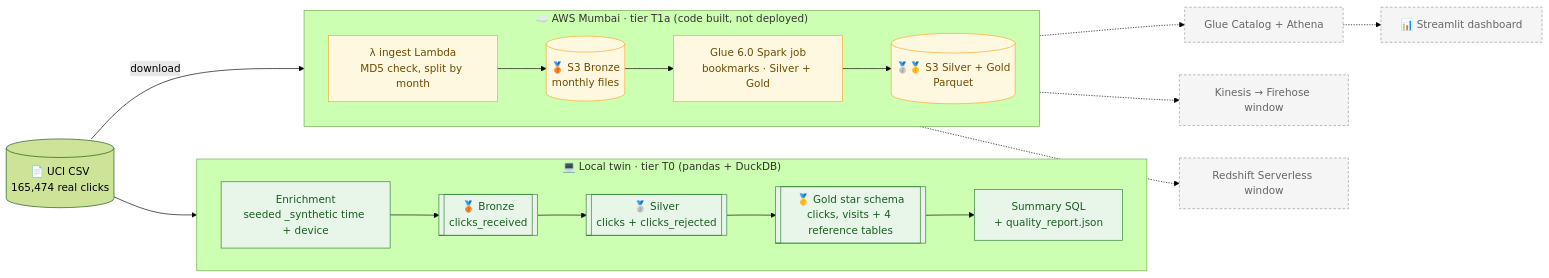
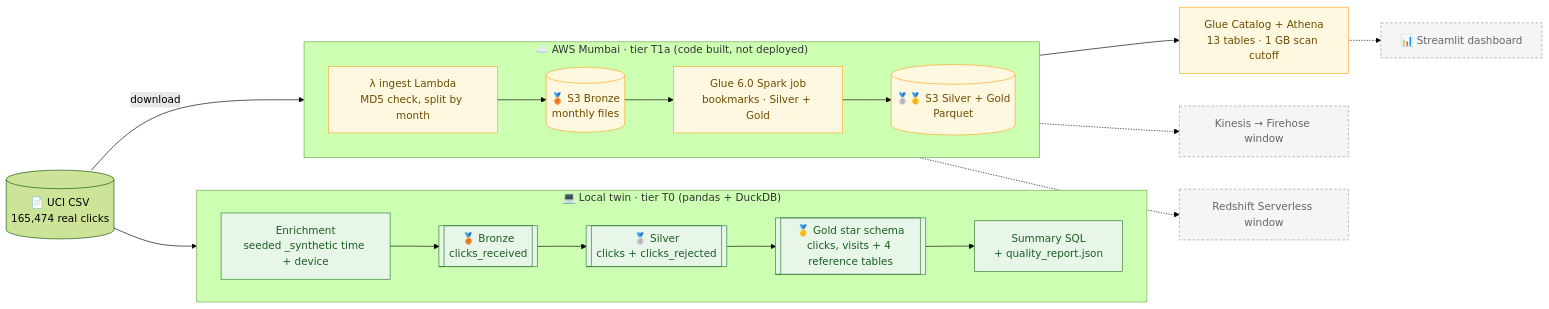
One commit to deepan-mehta-analytics/aws-clickstream-analytics changed the diagram in README.md. Above: the diagram before and after it, drawn with Mermaid (forest theme). The commit also changed other lines of this file and 1 other file, not shown here.

````diff
--- a/README.md
+++ b/README.md
@@ -119,37 +120,37 @@
 ```mermaid
 flowchart LR
     CSV[("📄 UCI CSV<br/>165,474 real clicks")]
 
     subgraph T0["💻 Local twin · tier T0 (pandas + DuckDB)"]
         direction LR
         ENR["Enrichment<br/>seeded _synthetic time + device"]
         B0[["🥉 Bronze<br/>clicks_received"]]
         S0[["🥈 Silver<br/>clicks + clicks_rejected"]]
         G0[["🥇 Gold star schema<br/>clicks, visits + 4 reference tables"]]
         SUM["Summary SQL<br/>+ quality_report.json"]
         ENR --> B0 --> S0 --> G0 --> SUM
     end
 
     subgraph T1A["☁️ AWS Mumbai · tier T1a (code built, not deployed)"]
         direction LR
         LAM["λ ingest Lambda<br/>MD5 check, split by month"]
         S3B[("🥉 S3 Bronze<br/>monthly files")]
         GLUE["Glue 6.0 Spark job<br/>bookmarks · Silver + Gold"]
         S3G[("🥈🥇 S3 Silver + Gold<br/>Parquet")]
         LAM --> S3B --> GLUE --> S3G
     end
 
     CSV --> ENR
     CSV -->|download| LAM
-    S3G -.-> CAT["Glue Catalog + Athena"]
+    S3G --> CAT["Glue Catalog + Athena<br/>13 tables · 1 GB scan cutoff"]
     CAT -.-> DASH["📊 Streamlit dashboard"]
     S3B -.-> STREAM["Kinesis → Firehose window"]
     S3G -.-> RS["Redshift Serverless window"]
 
     classDef done fill:#e8f5e9,stroke:#2e7d32,color:#1b5e20
     classDef built fill:#fff8e1,stroke:#f9a825,color:#6d4c00
     classDef planned fill:#f5f5f5,stroke:#999,stroke-dasharray:4 3,color:#666
     class ENR,B0,S0,G0,SUM done
-    class LAM,S3B,GLUE,S3G built
-    class CAT,DASH,STREAM,RS planned
+    class LAM,S3B,GLUE,S3G,CAT built
+    class DASH,STREAM,RS planned
 ```
````
